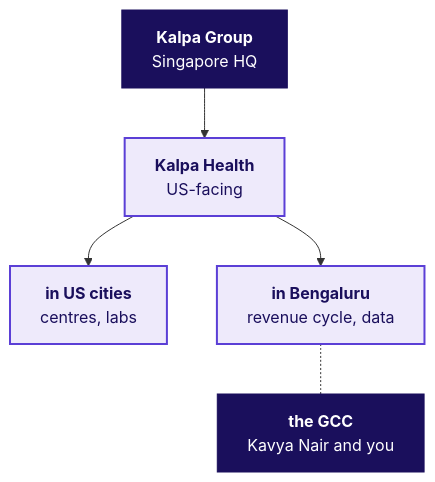
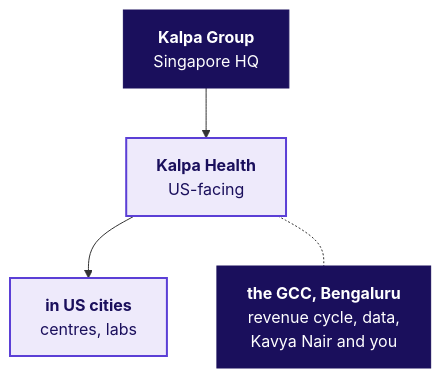
One commit to fde-academy-lab/c2-content-factory changed the third of 7 diagrams in content/W03/D1/trainer/C2_W03_D01_domain_story_TRAINER.md. Above: the diagram before and after it, drawn with Mermaid. The commit also changed other lines of this file and 3 other files, not shown here.

````diff
--- a/content/W03/D1/trainer/C2_W03_D01_domain_story_TRAINER.md
+++ b/content/W03/D1/trainer/C2_W03_D01_domain_story_TRAINER.md
@@ -74,11 +74,10 @@
 ```mermaid
 flowchart TB
     G["<b>Kalpa Group</b><br/>Singapore HQ"] --> H["<b>Kalpa Health</b><br/>US-facing"]
     H --> U["<b>in US cities</b><br/>centres, labs"]
-    H --> B["<b>in Bengaluru</b><br/>revenue cycle, data"]
-    B -.- C["<b>the GCC</b><br/>Kavya Nair and you"]
+    H -.- C["<b>the GCC, Bengaluru</b><br/>revenue cycle, data,<br/>Kavya Nair and you"]
     classDef unit fill:#EEEAFB,stroke:#5B3FD6,color:#1A0F5C,stroke-width:2px
     classDef dark fill:#1A0F5C,stroke:#1A0F5C,color:#FFFFFF
-    class H,U,B unit
+    class H,U unit
     class G,C dark
 ```
````
